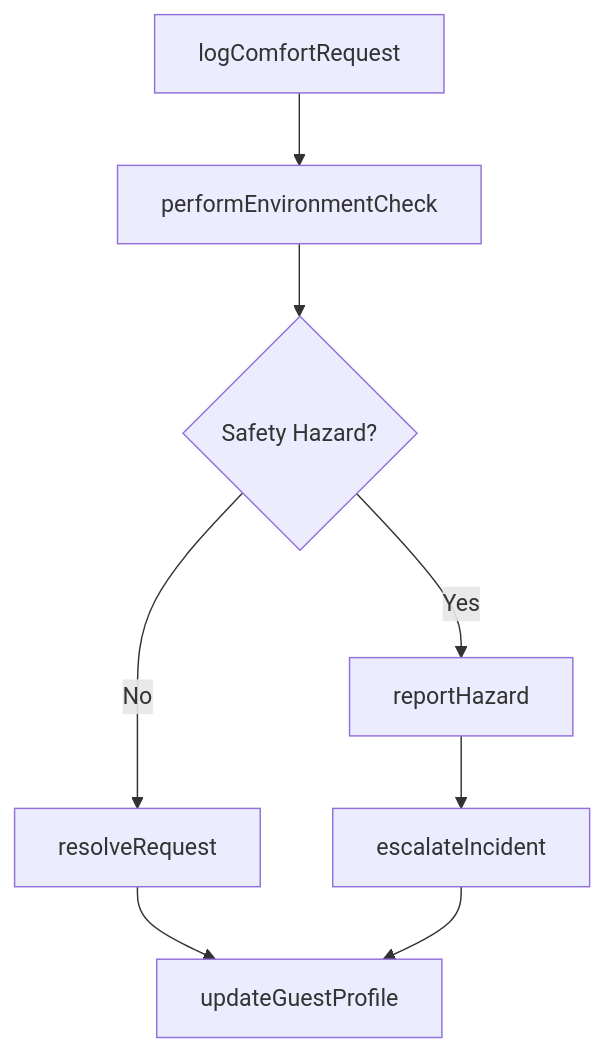
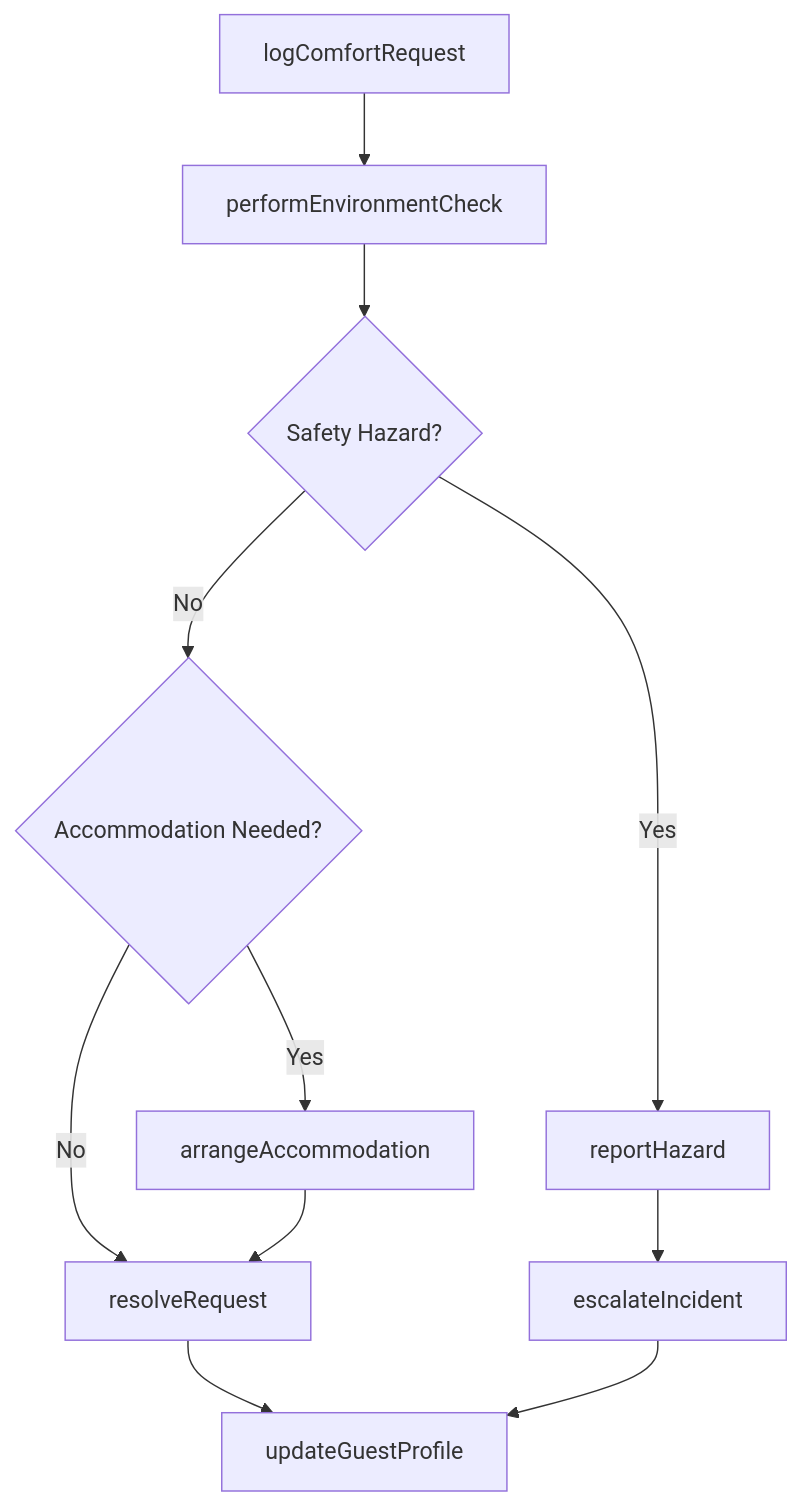
The third of 4 diagrams in AssistingAndCaringForOthers/ProvideGeneralAssistanceToOthersSuchAsCustomersPatronsOrMotorists/AssistCustomersEnsureComfortSafety.mdx (dot-org-ai/tasks.org.ai), drawn with Mermaid before and after one commit. The commit also changed other lines of this file and 504 other files, not shown here.

First line of the commit message:
feat: Add ER diagrams, state diagrams, and workflow improvements to 96 DWA task files

````diff
--- a/AssistingAndCaringForOthers/ProvideGeneralAssistanceToOthersSuchAsCustomersPatronsOrMotorists/AssistCustomersEnsureComfortSafety.mdx
+++ b/AssistingAndCaringForOthers/ProvideGeneralAssistanceToOthersSuchAsCustomersPatronsOrMotorists/AssistCustomersEnsureComfortSafety.mdx
@@ -86,10 +113,13 @@
 ```mermaid
 graph TD
     A[logComfortRequest] --> B[performEnvironmentCheck]
     B --> C{Safety Hazard?}
     C -->|Yes| D[reportHazard]
     D --> E[escalateIncident]
-    C -->|No| F[resolveRequest]
-    F --> G[updateGuestProfile]
-    E --> G
+    C -->|No| F{Accommodation Needed?}
+    F -->|Yes| G[arrangeAccommodation]
+    F -->|No| H[resolveRequest]
+    G --> H
+    H --> I[updateGuestProfile]
+    E --> I
 ```
````
